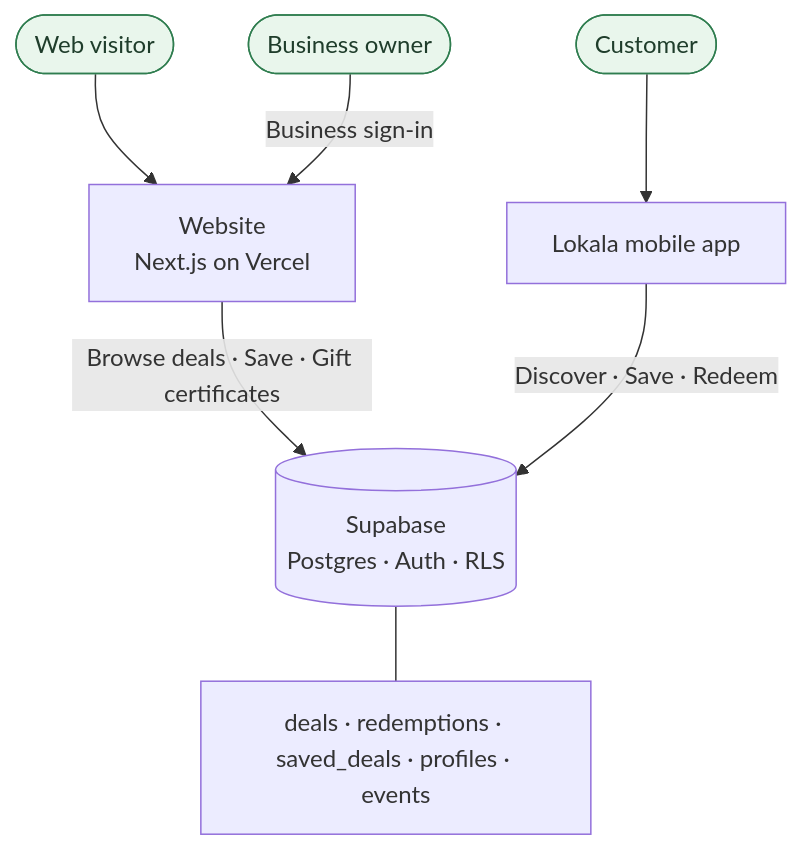
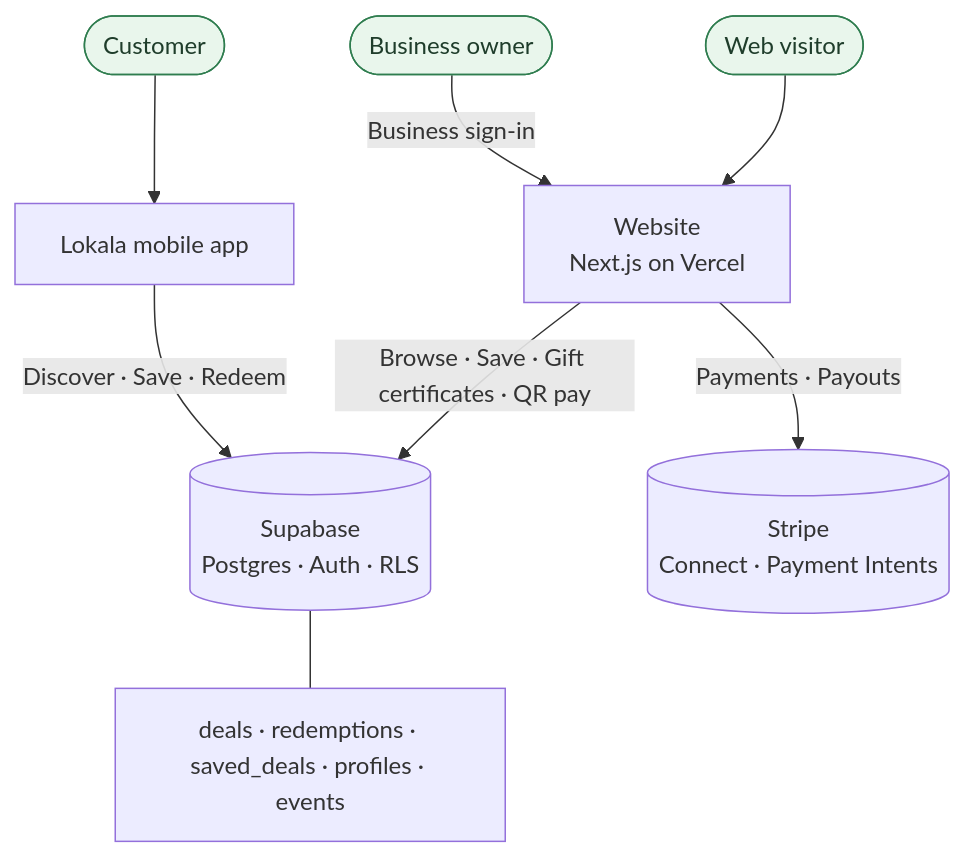
The diagram in README.md (austin-stanley-hinson/myLokala), drawn with Mermaid before and after one commit. The commit also changed other lines of this file, not shown here.

````diff
--- a/README.md
+++ b/README.md
@@ -38,18 +47,21 @@
 ```mermaid
 flowchart TD
     Visitor([Web visitor]) --> Web
     Owner([Business owner]) -->|Business sign-in| Web
     Customer([Customer]) --> App
 
     Web[Website<br/>Next.js on Vercel]
     App[Lokala mobile app]
 
-    Web -->|Browse deals · Save · Gift certificates| Supabase
+    Web -->|Browse · Save · Gift certificates · QR pay| Supabase
     App -->|Discover · Save · Redeem| Supabase
+
+    Web -->|Payments · Payouts| Stripe
+    Stripe[(Stripe<br/>Connect · Payment Intents)]
 
     Supabase[(Supabase<br/>Postgres · Auth · RLS)]
     Supabase --- Tables[deals · redemptions · saved_deals · profiles · events]
 
     classDef actor fill:#e9f6ec,stroke:#2f7d4f,color:#1f3d2b;
     class Visitor,Owner,Customer actor;
 ```
````
